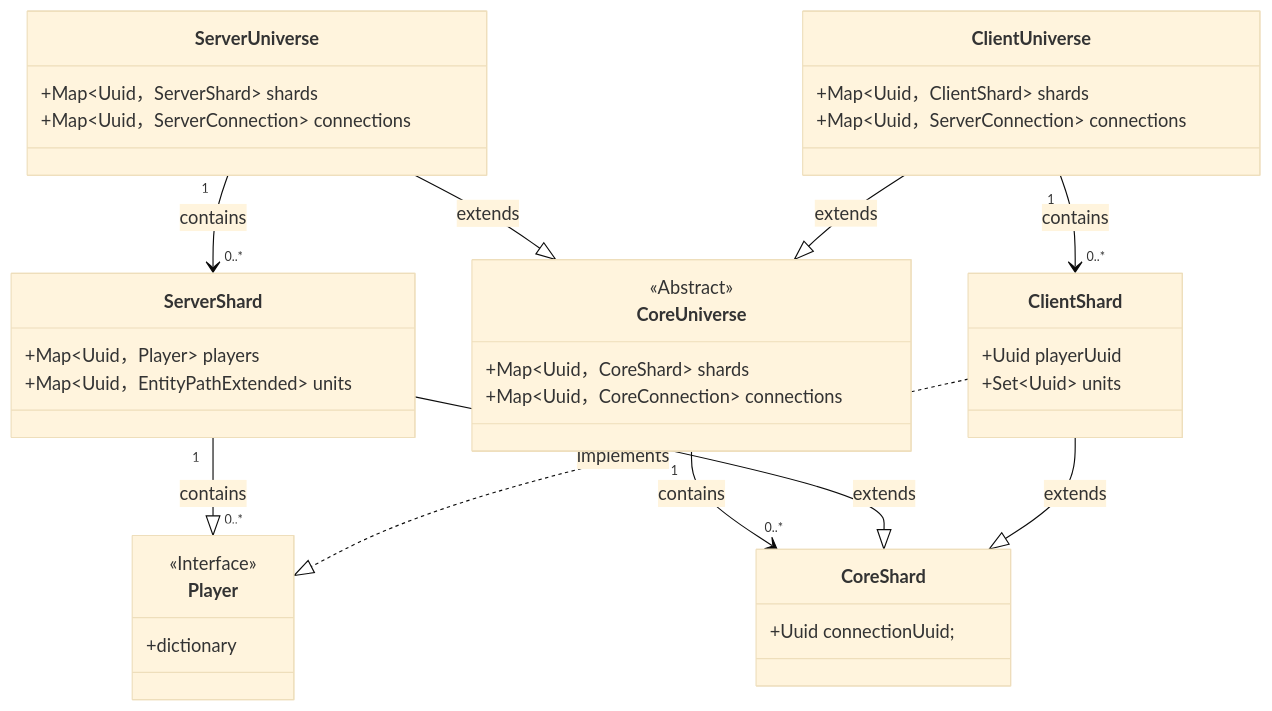
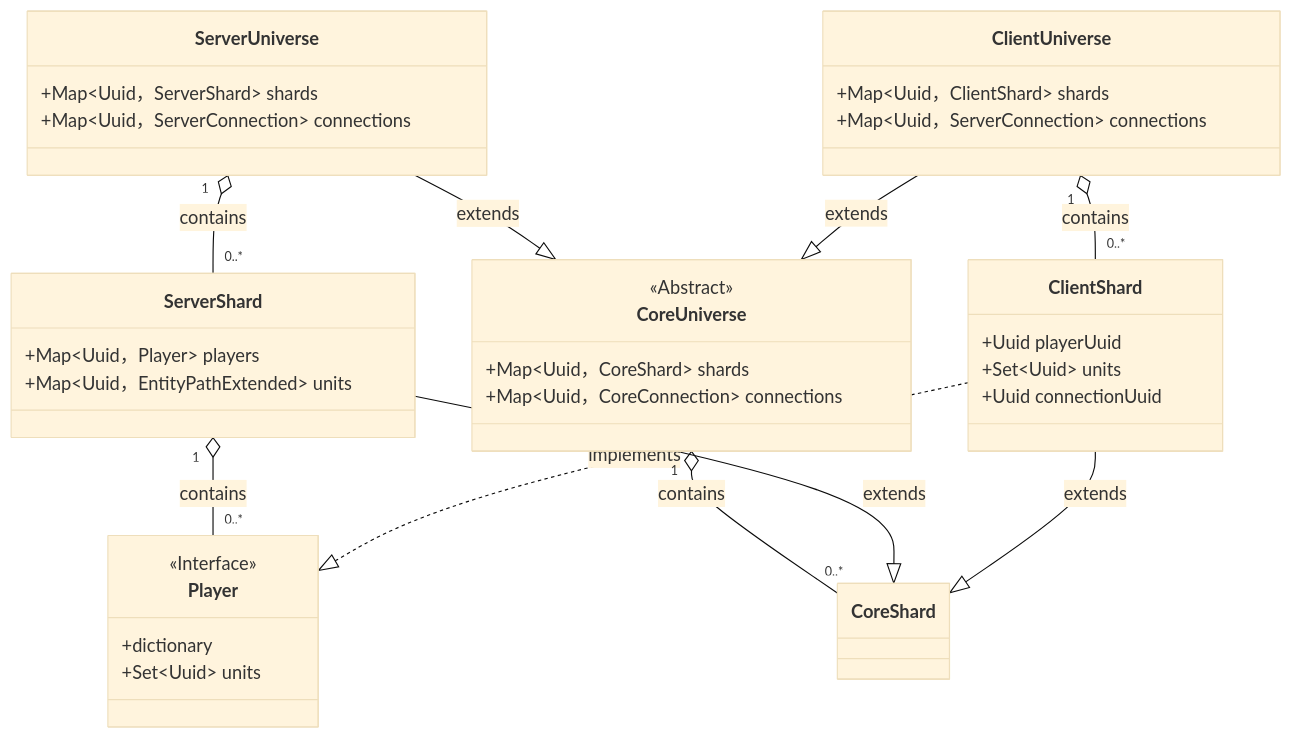
Before and after one commit to cpuabuse/dungeon-together: the first of 3 diagrams in docs/connection.md, drawn with Mermaid (base theme). The commit also changed other lines of this file and 7 other files, not shown here.

````diff
--- a/docs/connection.md
+++ b/docs/connection.md
@@ -5,54 +5,55 @@
 ```mermaid
 classDiagram
 	class CoreUniverse{
 		+Map~Uuid，CoreShard~ shards
 		+Map~Uuid，CoreConnection~ connections
 	}
 	<<Abstract>> CoreUniverse
 
 	class ServerUniverse{
 		+Map~Uuid，ServerShard~ shards
 		+Map~Uuid，ServerConnection~ connections
 	}
 
 	class ClientUniverse{
 		+Map~Uuid，ClientShard~ shards
 		+Map~Uuid，ServerConnection~ connections
 	}
 
 	class CoreShard{
-		+Uuid connectionUuid;
 	}
 
 	class ServerShard{
 		+Map~Uuid，Player~ players
 		+Map~Uuid，EntityPathExtended~ units
 	}
 
 	class ClientShard{
 		+Uuid playerUuid
 		+Set~Uuid~ units
+		+Uuid connectionUuid
 	}
 
 	class Player{
 		+dictionary
+		+Set~Uuid~ units
 	}
 	<<Interface>> Player
 
 	%% Contains
-	CoreUniverse "1" --> "0..*" CoreShard : contains
-	ServerUniverse "1" --> "0..*" ServerShard : contains
-	ClientUniverse "1" --> "0..*" ClientShard : contains
-	ServerShard "1" --|> "0..*" Player : contains
+	CoreUniverse "1" o-- "0..*" CoreShard : contains
+	ServerUniverse "1" o-- "0..*" ServerShard : contains
+	ClientUniverse "1" o-- "0..*" ClientShard : contains
+	ServerShard "1" o-- "0..*" Player : contains
 
 	%% Extends
 	ServerUniverse --|> CoreUniverse : extends
 	ClientUniverse --|> CoreUniverse : extends
 	ServerShard --|> CoreShard : extends
 	ClientShard --|> CoreShard : extends
 
 	%% Implements
 	ClientShard ..|> Player : implements
 
 	%% Note - uses generic comma hack https://github.com/mermaid-js/mermaid/issues/3188
 ```
````
